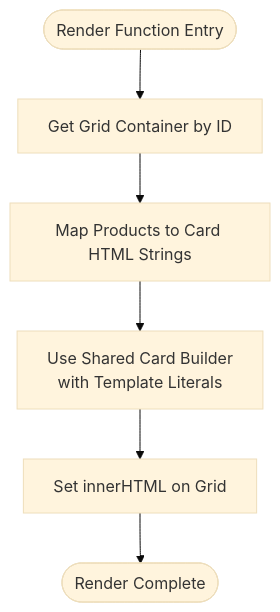
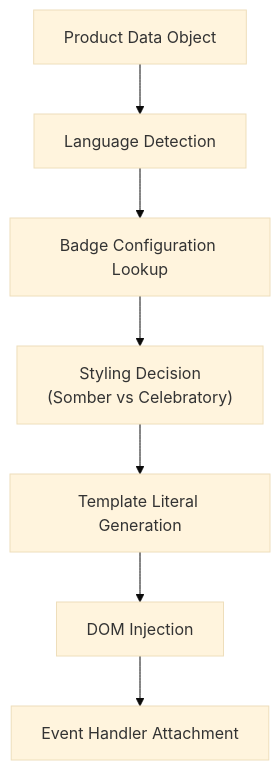
One commit to queenflowerhk/queenflowerhk.github.io changed the third of 6 diagrams in .qoder/repowiki/en/content/Product Management System/Product Management System.md. Above: the diagram before and after it, drawn with Mermaid (base theme). The commit also changed other lines of this file and 36 other files, not shown here.

````diff
--- a/.qoder/repowiki/en/content/Product Management System/Product Management System.md
+++ b/.qoder/repowiki/en/content/Product Management System/Product Management System.md
@@ -147,8 +173,9 @@
 ```mermaid
 flowchart TD
-Start(["Render Function Entry"]) --> GetGrid["Get Grid Container by ID"]
-GetGrid --> MapProducts["Map Products to Card HTML Strings"]
-MapProducts --> BuildCard["Use Shared Card Builder<br/>with Template Literals"]
-BuildCard --> InjectHTML["Set innerHTML on Grid"]
-InjectHTML --> End(["Render Complete"])
+A["Product Data Object"] --> B["Language Detection"]
+B --> C["Badge Configuration Lookup"]
+C --> D["Styling Decision<br/>(Somber vs Celebratory)"]
+D --> E["Template Literal Generation"]
+E --> F["DOM Injection"]
+F --> G["Event Handler Attachment"]
 ```
````
